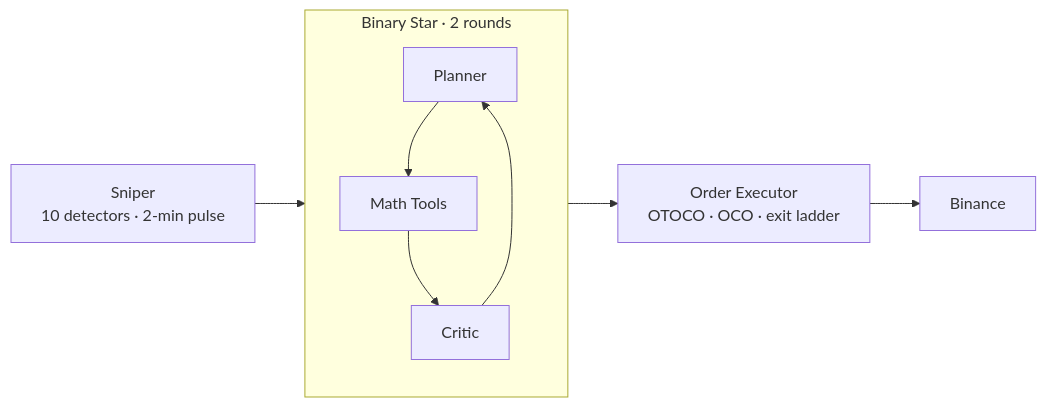
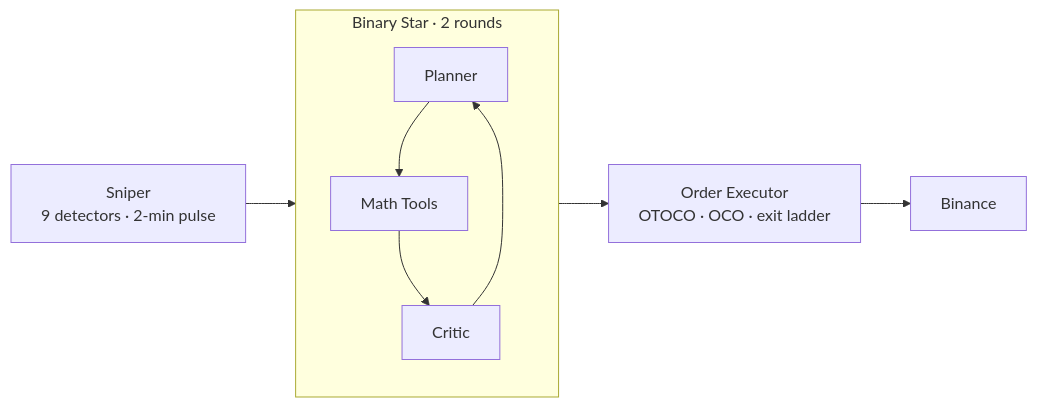
One commit to jiangyang5157/binary-star changed the second of 3 diagrams in README.md. Above: the diagram before and after it, drawn with Mermaid. The commit also changed other lines of this file, not shown here.

Commit message:
docs: update sniper documentation to reflect 9 detectors plus cross-symbol boost

````diff
--- a/README.md
+++ b/README.md
@@ -52,15 +52,15 @@
 ```mermaid
 graph LR
     subgraph Debate["Binary Star · 2 rounds"]
         Planner["Planner"]
         Critic["Critic"]
         Math["Math Tools"]
         Planner --> Math
         Math --> Critic
         Critic --> Planner
     end
 
-    Sniper["Sniper<br/>10 detectors · 2-min pulse"] --> Debate
+    Sniper["Sniper<br/>9 detectors · 2-min pulse"] --> Debate
     Debate --> Executor["Order Executor<br/>OTOCO · OCO · exit ladder"]
     Executor --> Binance["Binance"]
 ```
````
